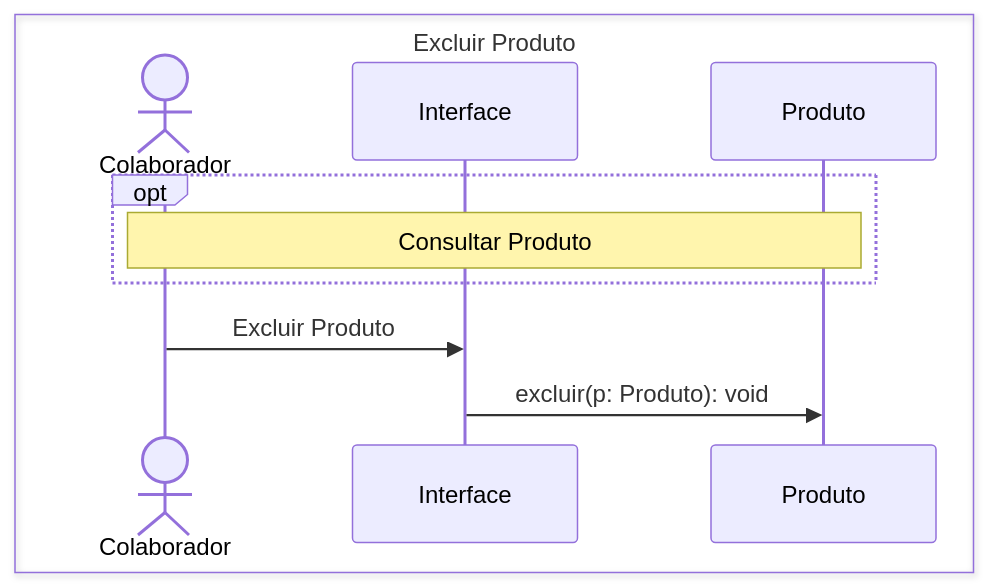
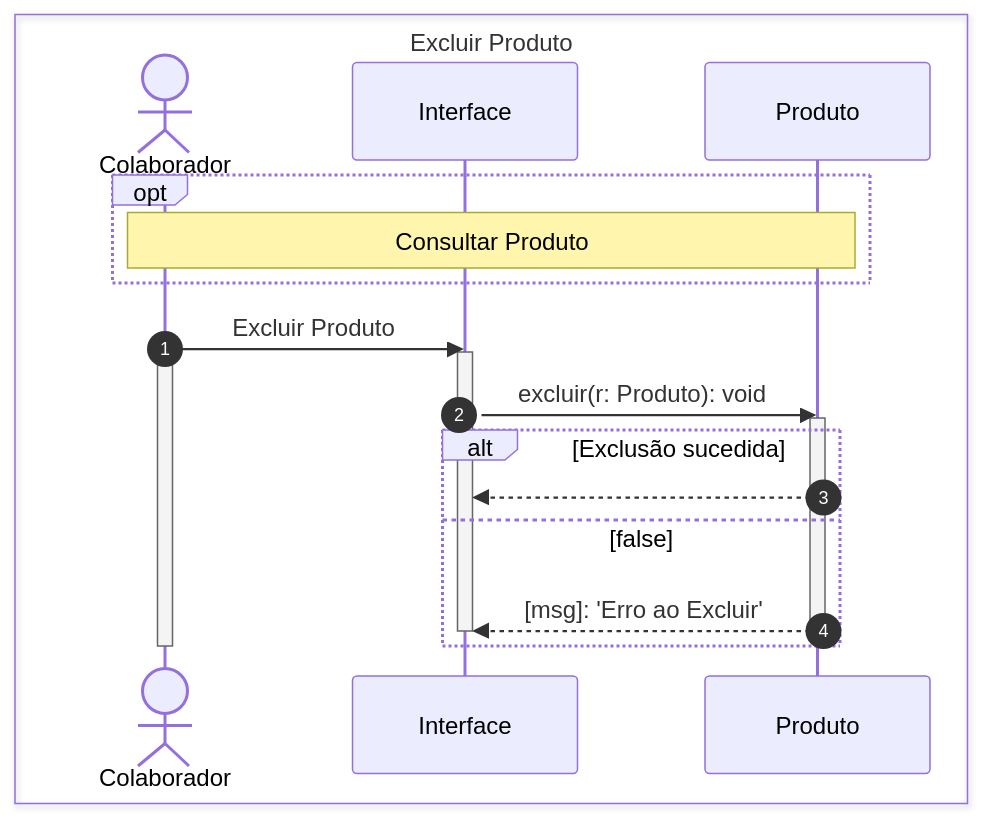
The third of 4 diagrams in DS_Manter_Produto.md (anderson-gpc/colab), drawn with Mermaid before and after one commit. The commit also changed other lines of this file, not shown here.

````diff
--- a/DS_Manter_Produto.md
+++ b/DS_Manter_Produto.md
@@ -37,13 +56,28 @@
 ```mermaid
 sequenceDiagram
+    autonumber
     box Excluir Produto
         actor Colaborador
         participant Interface
         participant Produto
     end
+
     opt
         note over Colaborador, Produto: Consultar Produto
     end
+    
     Colaborador->>Interface: Excluir Produto
-    Interface->>Produto: excluir(p: Produto): void
+    activate Colaborador
+    activate Interface
+    Interface->>Produto: excluir(r: Produto): void
+    activate Produto
+
+    alt Exclusão sucedida
+        Produto-->>Interface: 
+    else false
+        Produto-->>Interface: [msg]: 'Erro ao Excluir'
+        deactivate Produto
+        deactivate Interface
+    end
+    deactivate Colaborador
 ```
````
